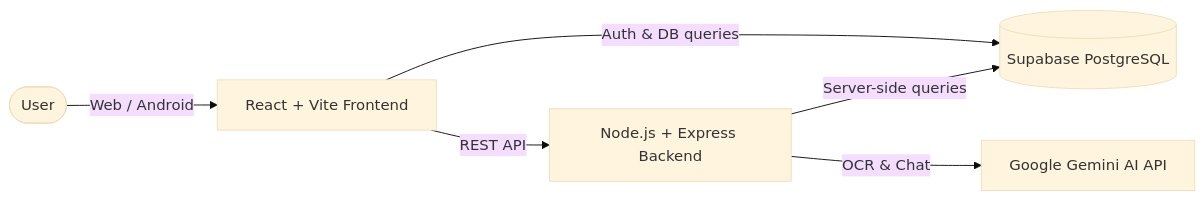
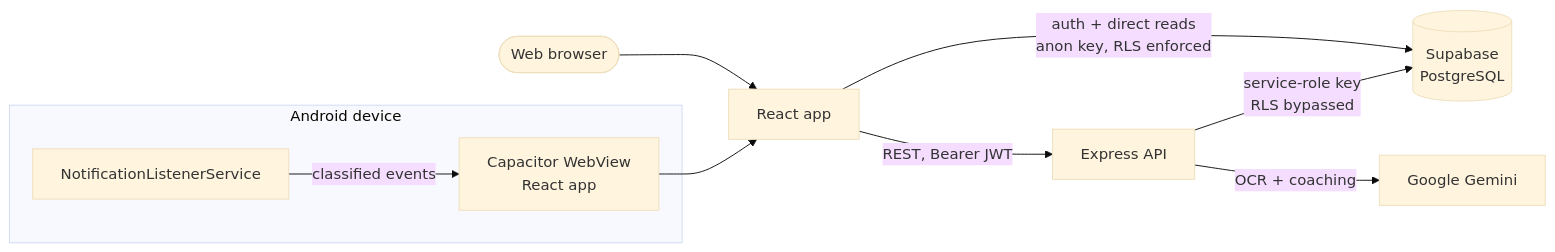
The diagram in README.md (ujjawalX19/Spendly), drawn with Mermaid (base theme) before and after one commit. The commit also changed other lines of this file and 86 other files, not shown here.

````diff
--- a/README.md
+++ b/README.md
@@ -27,8 +74,16 @@
 ```mermaid
 flowchart LR
-    User([User]) -->|Web / Android| Frontend[React + Vite Frontend]
-    Frontend -->|REST API| Backend[Node.js + Express Backend]
-    Frontend -->|Auth & DB queries| Supabase[(Supabase PostgreSQL)]
-    Backend -->|Server-side queries| Supabase
-    Backend -->|OCR & Chat| Gemini[Google Gemini AI API]
+    subgraph Device["Android device"]
+        NLS[NotificationListenerService] -->|classified events| WebView
+        WebView[Capacitor WebView<br/>React app]
+    end
+
+    Web([Web browser]) --> Frontend
+    WebView --> Frontend[React app]
+
+    Frontend -->|auth + direct reads<br/>anon key, RLS enforced| Supabase[(Supabase<br/>PostgreSQL)]
+    Frontend -->|REST, Bearer JWT| Backend[Express API]
+
+    Backend -->|service-role key<br/>RLS bypassed| Supabase
+    Backend -->|OCR + coaching| Gemini[Google Gemini]
 ```
````
